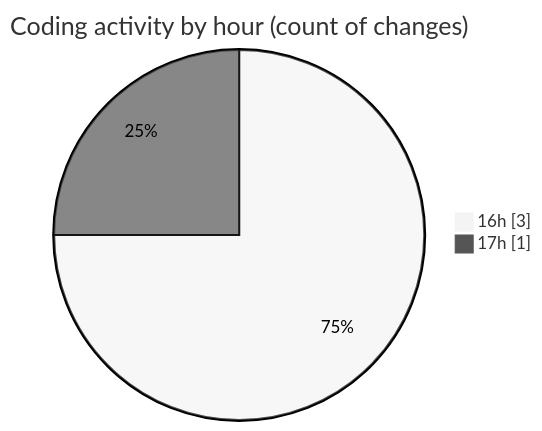
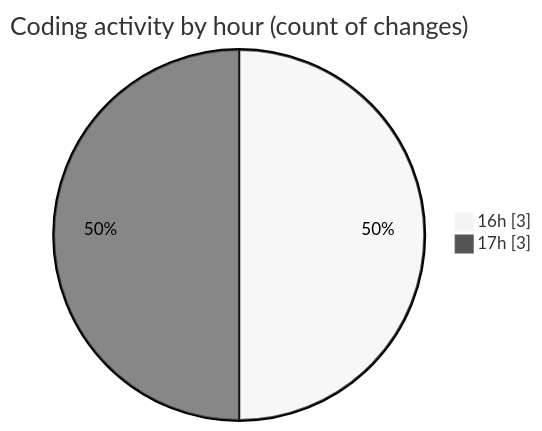
One commit to debugP/code-tracking changed the second of 2 diagrams in 2026-10-12/untitled__workspace_/README.md. Above: the diagram before and after it, drawn with Mermaid (neutral theme). The commit also changed other lines of this file and 1 other file, not shown here.

````diff
--- a/2026-10-12/untitled__workspace_/README.md
+++ b/2026-10-12/untitled__workspace_/README.md
@@ -31,6 +31,6 @@
 ```mermaid
 pie showData
 title Coding activity by hour (count of changes)
 "16h" : 3
-"17h" : 1
+"17h" : 3
 ```
````
